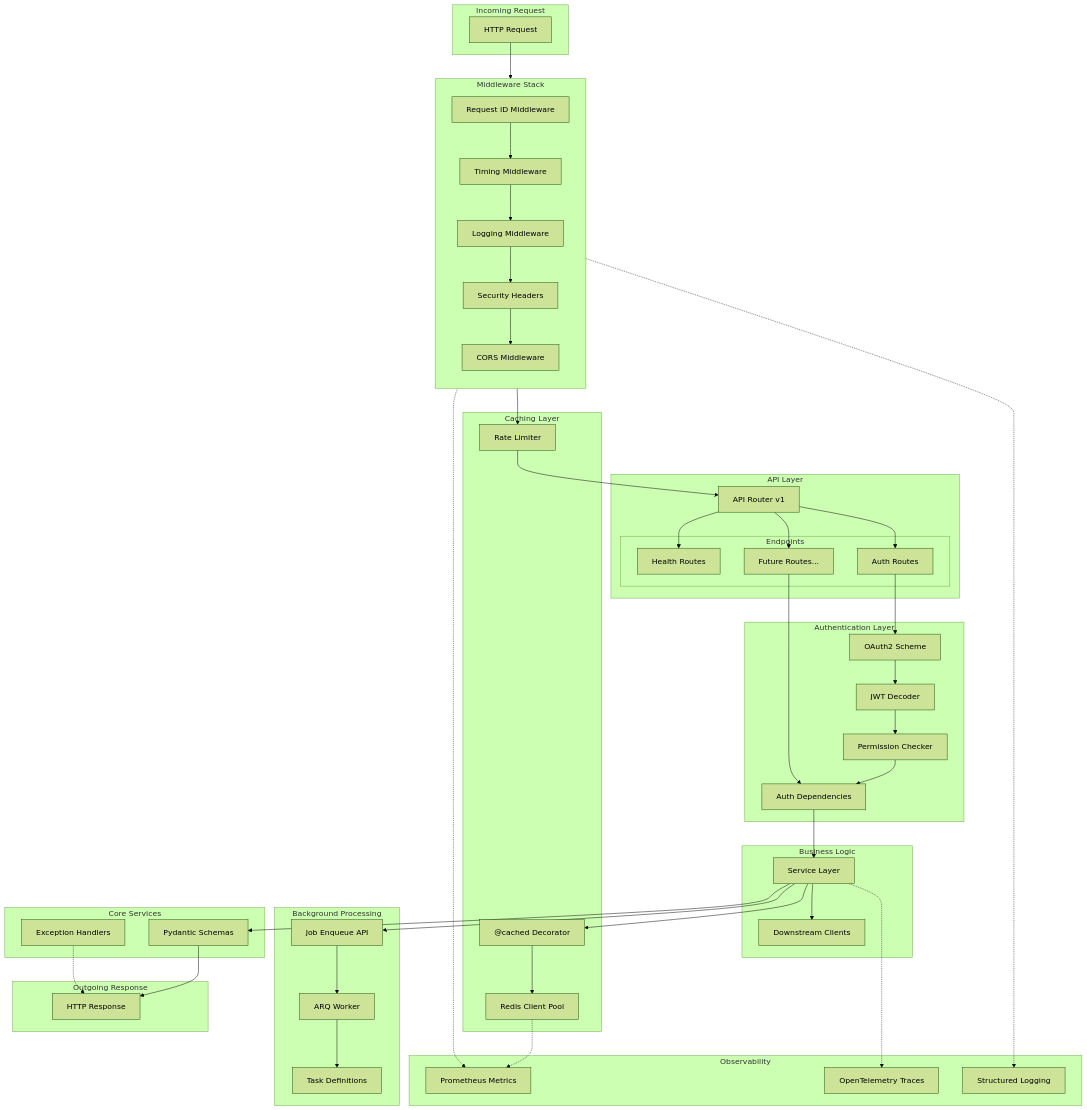
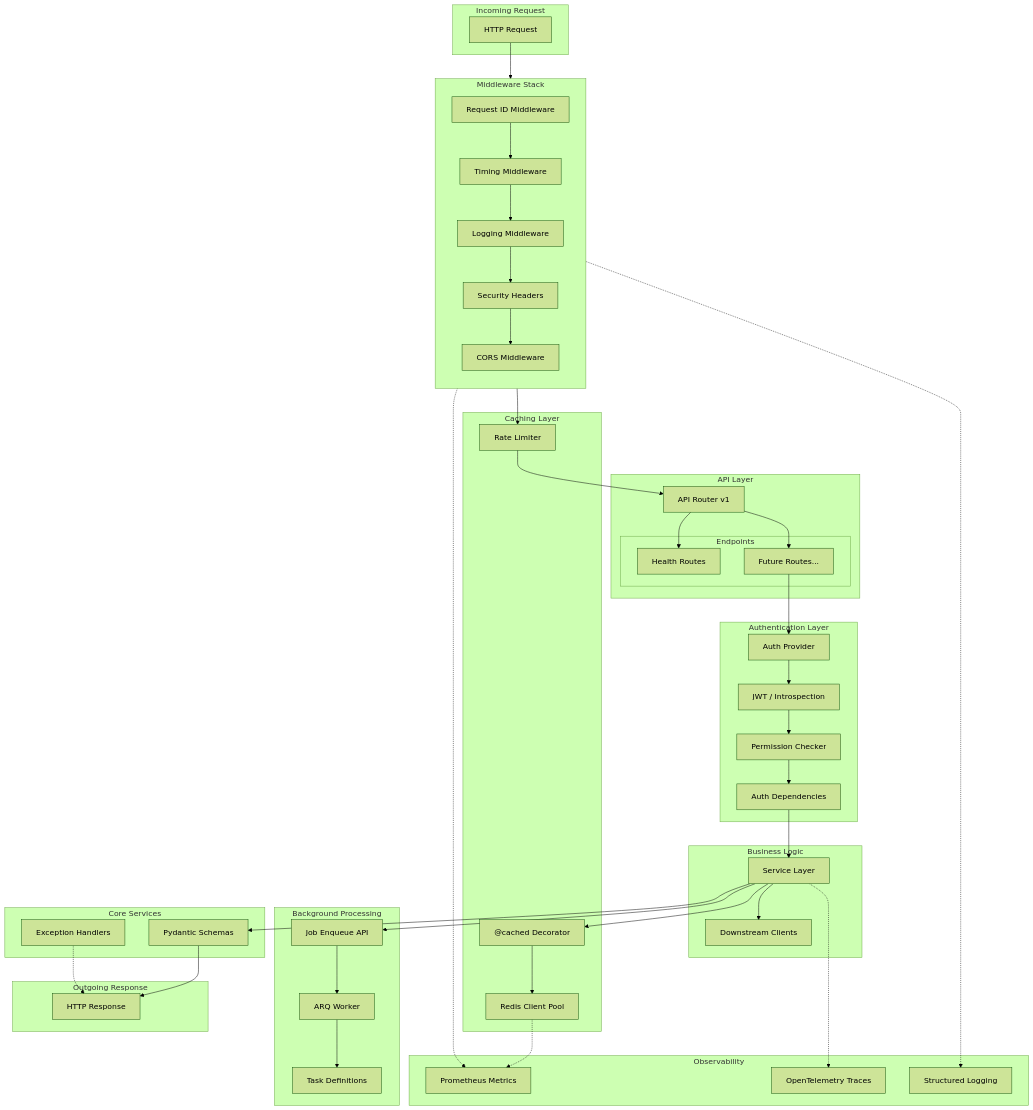
The second of 3 diagrams in README.md (Recipe-Web-App/recipe-scraper-service), drawn with Mermaid (forest theme) before and after one commit. The commit also changed other lines of this file and 33 other files, not shown here.

```diff
--- a/README.md
+++ b/README.md
@@ -73,8 +73,8 @@
     end
 
     subgraph Auth["Authentication Layer"]
-        OAuth2[OAuth2 Scheme]
-        JWT[JWT Decoder]
+        AuthProvider[Auth Provider]
+        JWT[JWT / Introspection]
         Permissions[Permission Checker]
         Dependencies[Auth Dependencies]
     end
@@ -83,7 +83,6 @@
         Router[API Router v1]
         subgraph Endpoints["Endpoints"]
             Health[Health Routes]
-            AuthRoutes[Auth Routes]
             Future[Future Routes...]
         end
     end
@@ -126,11 +125,9 @@
     RateLimiter --> Router
 
     Router --> Health
-    Router --> AuthRoutes
     Router --> Future
 
-    AuthRoutes --> OAuth2 --> JWT --> Permissions --> Dependencies
-    Future --> Dependencies
+    Future --> AuthProvider --> JWT --> Permissions --> Dependencies
 
     Dependencies --> ServiceLayer
     ServiceLayer --> CacheDecorator --> RedisClient
```
